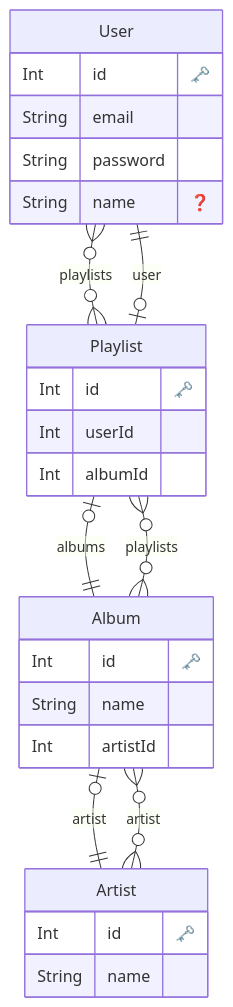
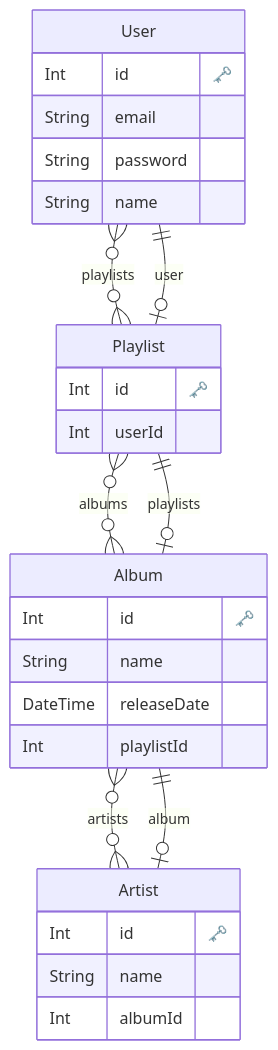
The diagram in backend/prisma/ERD.md (urojitsu-void/sing-music-list), drawn with Mermaid before and after one commit. The commit also changed 19 other files, not shown here.

````diff
--- a/backend/prisma/ERD.md
+++ b/backend/prisma/ERD.md
@@ -1,37 +1,38 @@
 ```mermaid
 erDiagram
 
   "User" {
     Int id "🗝️"
     String email 
     String password 
-    String name "❓"
+    String name 
     }
   
 
   "Playlist" {
     Int id "🗝️"
     Int userId 
-    Int albumId 
     }
   
 
   "Album" {
     Int id "🗝️"
     String name 
-    Int artistId 
+    DateTime releaseDate 
+    Int playlistId 
     }
   
 
   "Artist" {
     Int id "🗝️"
     String name 
+    Int albumId 
     }
   
     "User" o{--}o "Playlist" : "playlists"
     "Playlist" o|--|| "User" : "user"
-    "Playlist" o|--|| "Album" : "albums"
-    "Album" o{--}o "Playlist" : "playlists"
-    "Album" o|--|| "Artist" : "artist"
-    "Artist" o{--}o "Album" : "artist"
+    "Playlist" o{--}o "Album" : "albums"
+    "Album" o|--|| "Playlist" : "playlists"
+    "Album" o{--}o "Artist" : "artists"
+    "Artist" o|--|| "Album" : "album"
 ```
````
